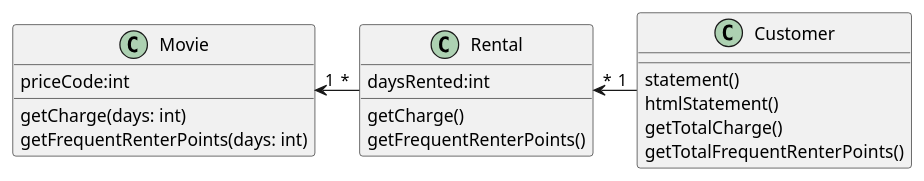
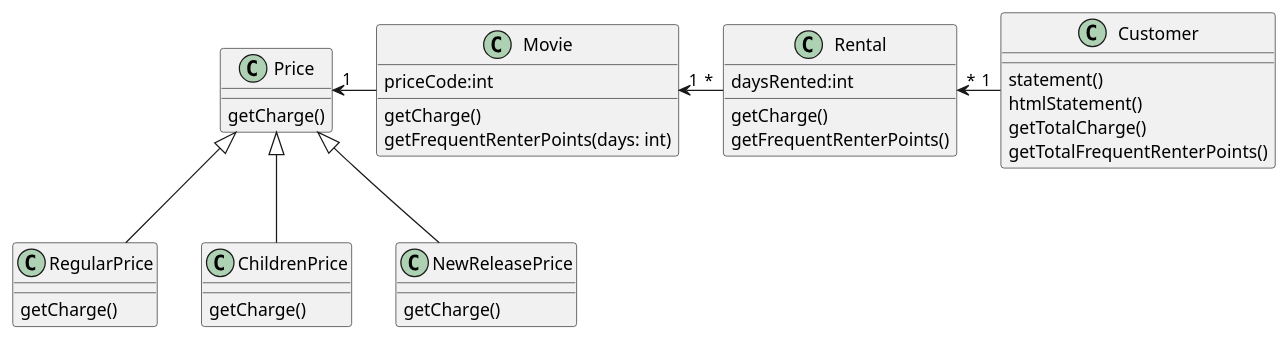
Before and after one commit to hiroshima-arc/re_zero_tdd: the second of 3 diagrams in docs/src/spec/video_rental.adoc, drawn with PlantUML. The commit also changed other lines of this file and 7 other files, not shown here.

```diff
--- a/docs/src/spec/video_rental.adoc
+++ b/docs/src/spec/video_rental.adoc
@@ -40,21 +40,37 @@
 [plantuml]
 ----
 class Movie {
   priceCode:int
-  getCharge(days: int)
+  getCharge()
   getFrequentRenterPoints(days: int)
+}
+class Price {
+  getCharge()
+}
+class RegularPrice {
+  getCharge()
+}
+class ChildrenPrice {
+  getCharge()
+}
+class NewReleasePrice {
+  getCharge()
 }
 class Rental {
   daysRented:int
   getCharge()
   getFrequentRenterPoints()
 }
 class Customer {
   statement()
   htmlStatement()
   getTotalCharge()
   getTotalFrequentRenterPoints()
 }
 Movie "1"<-"*" Rental
 Rental "*"<-"1" Customer
+Price "1"<- Movie
+Price <|-- RegularPrice
+Price <|-- ChildrenPrice
+Price <|-- NewReleasePrice
 ----
```
